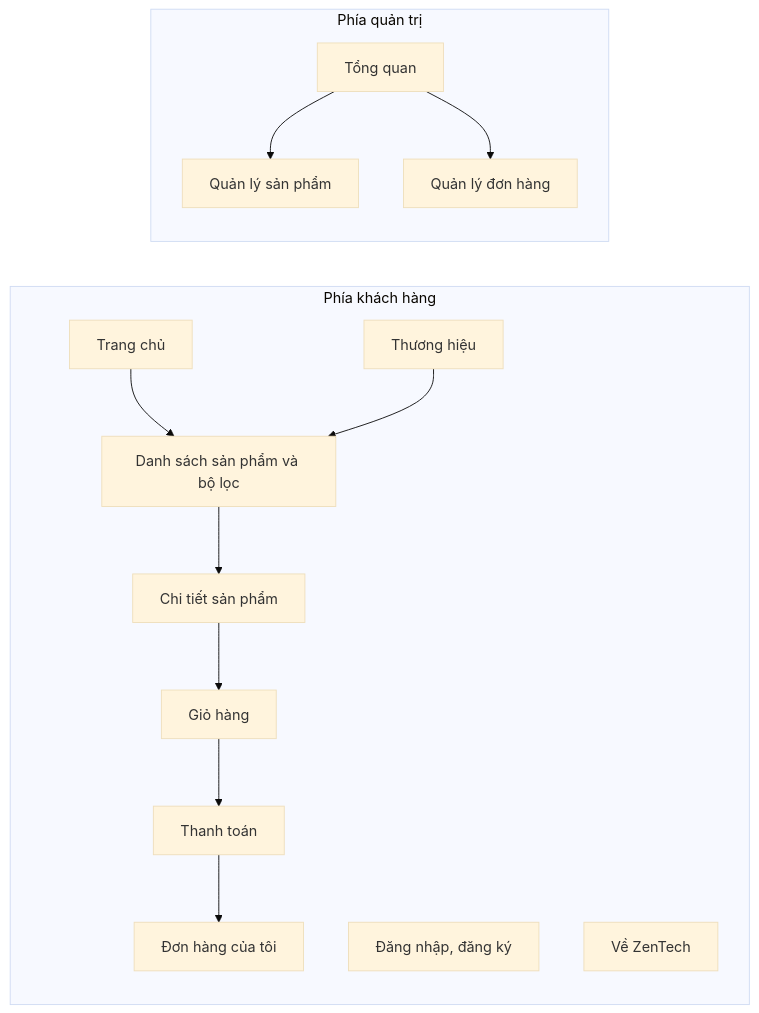
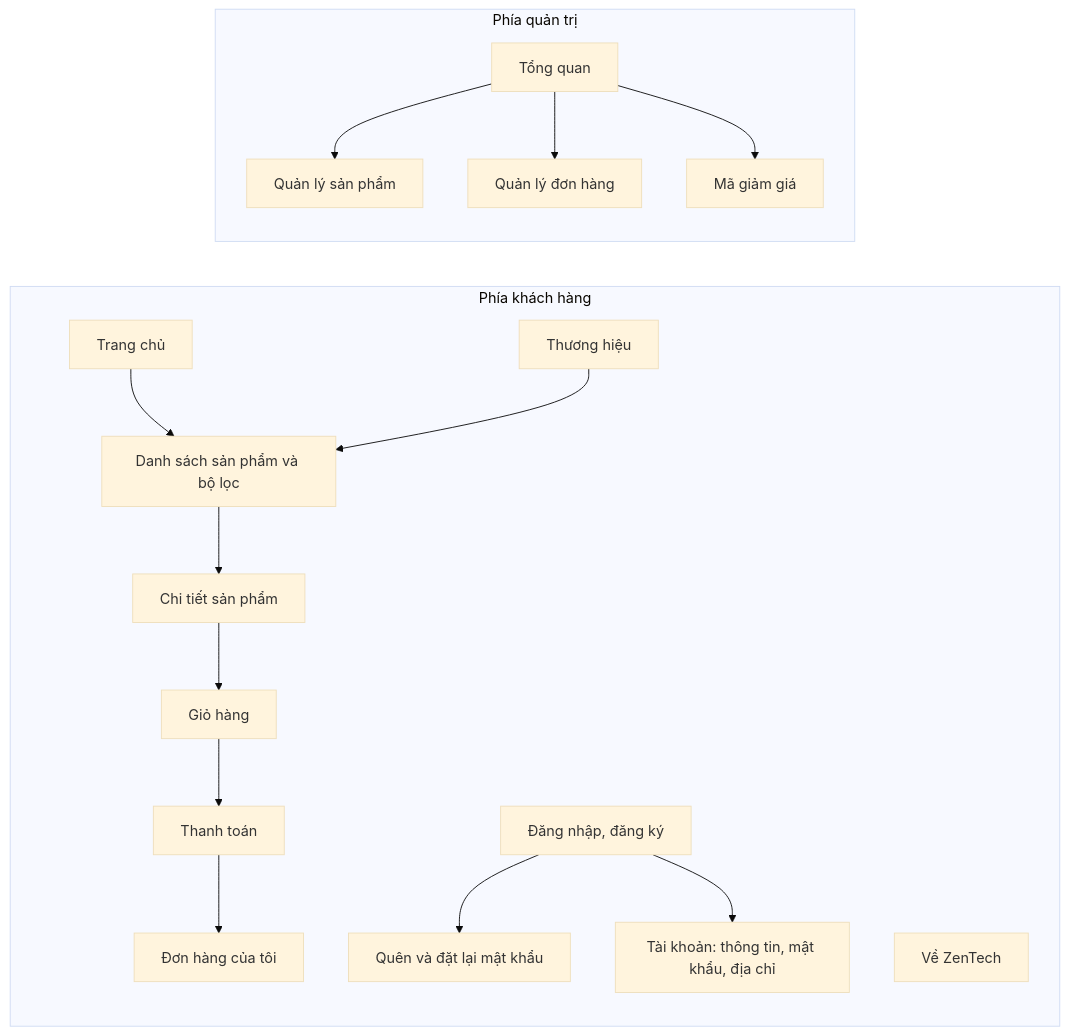
Before and after one commit to huyfls/zentech-du-an-1: the third of 3 diagrams in docs/ZenTech_UIUX_Specification.md, drawn with Mermaid (base theme). The commit also changed other lines of this file and 37 other files, not shown here.

````diff
--- a/docs/ZenTech_UIUX_Specification.md
+++ b/docs/ZenTech_UIUX_Specification.md
@@ -156,23 +158,29 @@
 ```mermaid
 graph LR
     subgraph CLIENT["Phía khách hàng"]
         H["Trang chủ"]
         CAT["Danh sách sản phẩm và bộ lọc"]
         BR["Thương hiệu"]
         DET["Chi tiết sản phẩm"]
         CART["Giỏ hàng"]
         CHK["Thanh toán"]
         ORD["Đơn hàng của tôi"]
         AU["Đăng nhập, đăng ký"]
+        FG["Quên và đặt lại mật khẩu"]
+        ACC["Tài khoản: thông tin, mật khẩu, địa chỉ"]
         AB["Về ZenTech"]
     end
     subgraph ADMIN["Phía quản trị"]
         DASH["Tổng quan"]
         ADM_P["Quản lý sản phẩm"]
         ADM_O["Quản lý đơn hàng"]
+        ADM_C["Mã giảm giá"]
     end
     H --> CAT --> DET --> CART --> CHK --> ORD
     BR --> CAT
     DASH --> ADM_P
     DASH --> ADM_O
+    DASH --> ADM_C
+    AU --> FG
+    AU --> ACC
 ```
````
